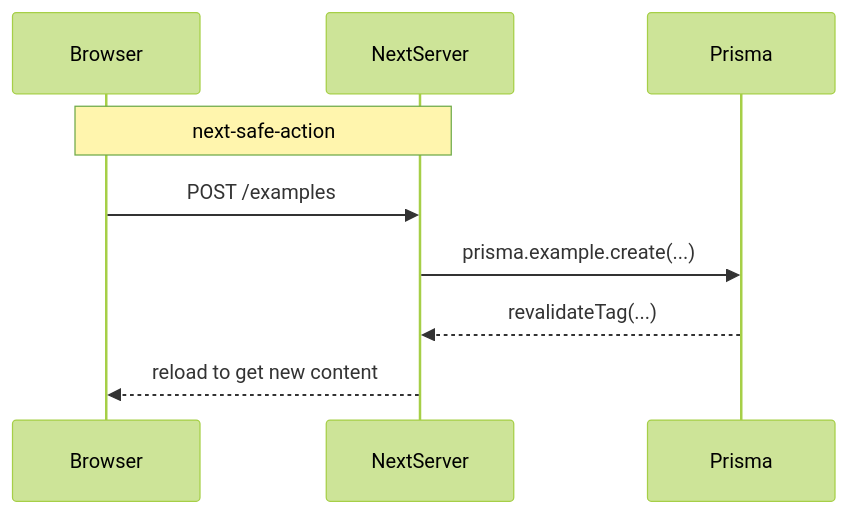
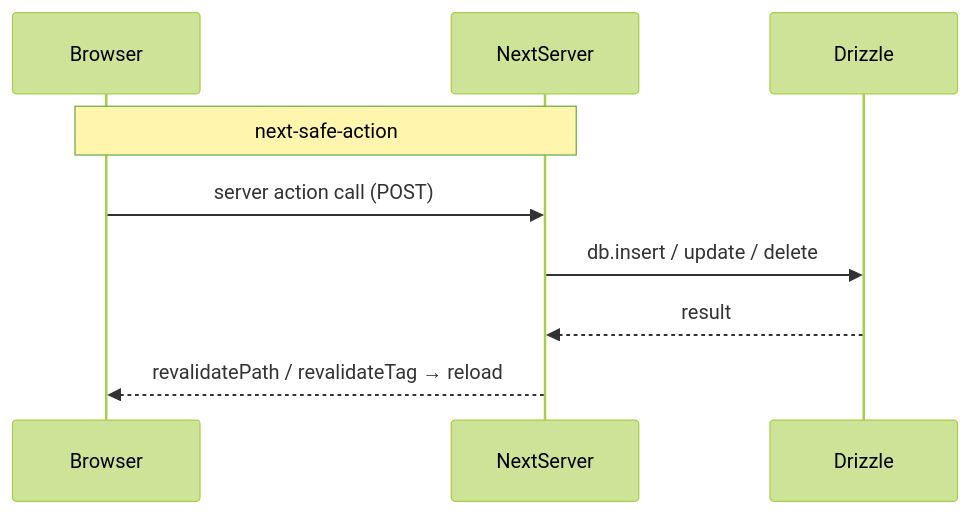
One commit to JuanBifrost/ChatbotX changed the second of 4 diagrams in docs/request-workflow.md. Above: the diagram before and after it, drawn with Mermaid (forest theme). The commit also changed other lines of this file and 7 other files, not shown here.

````diff
--- a/docs/request-workflow.md
+++ b/docs/request-workflow.md
@@ -16,8 +16,8 @@
 ```mermaid
 sequenceDiagram
   Note over Browser,NextServer: next-safe-action
-  Browser->>NextServer: POST /examples
-  NextServer->>Prisma: prisma.example.create(...)
-  Prisma-->>NextServer: revalidateTag(...)
-  NextServer-->>Browser: reload to get new content
+  Browser->>NextServer: server action call (POST)
+  NextServer->>Drizzle: db.insert / update / delete
+  Drizzle-->>NextServer: result
+  NextServer-->>Browser: revalidatePath / revalidateTag → reload
 ```
````
